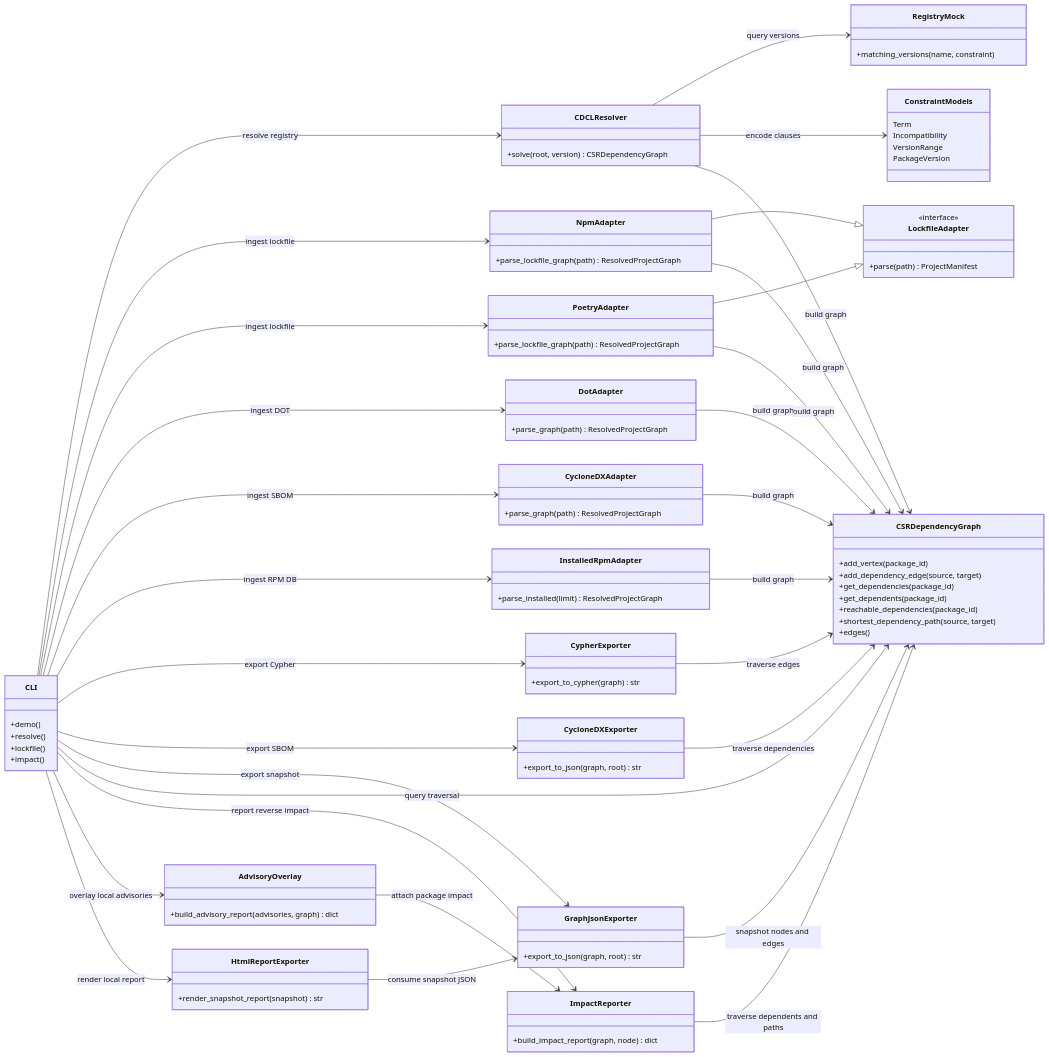
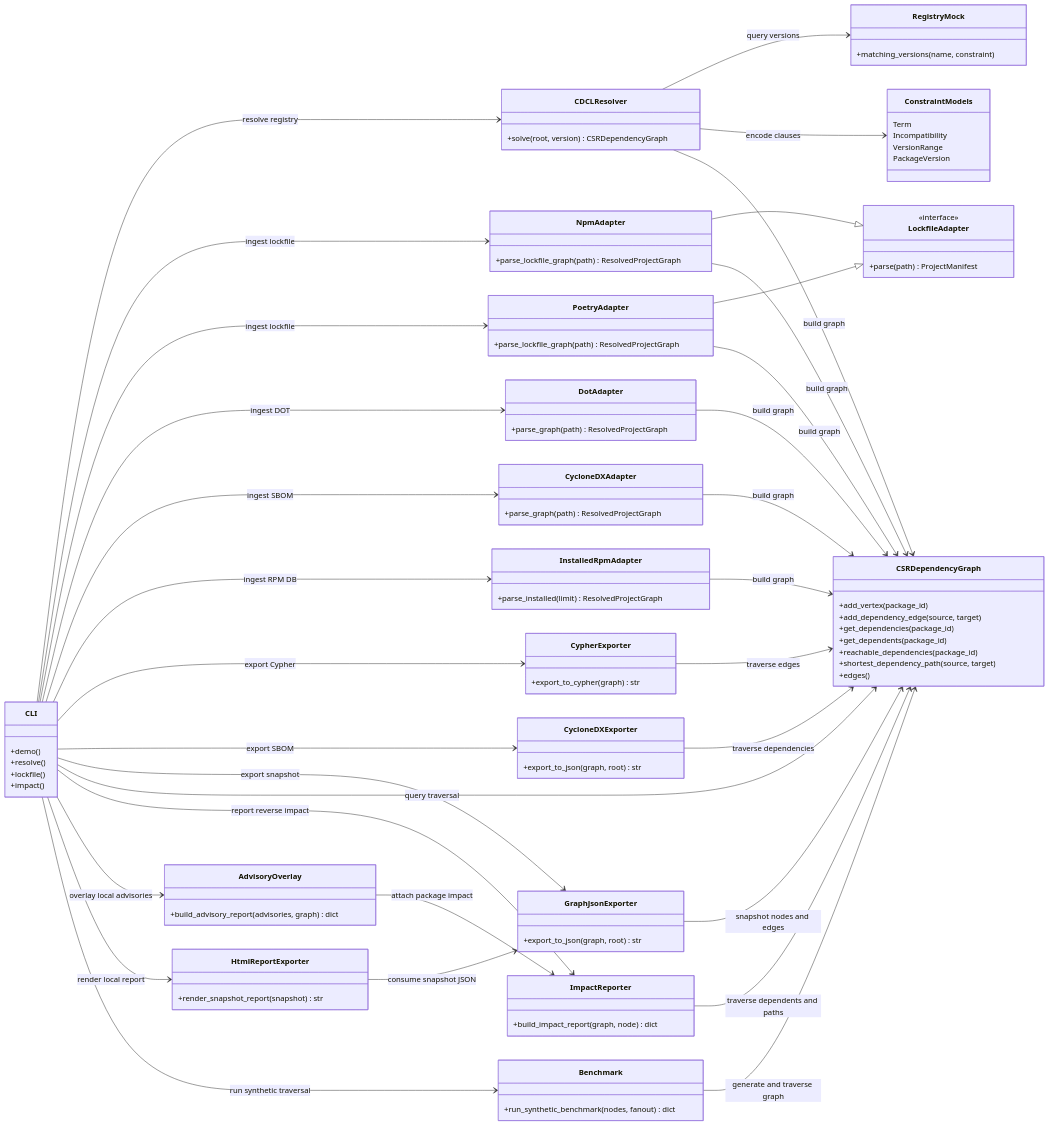
The first of 2 diagrams in README.md (xsub/EnterpriseLinux-SoftwareSupplyChain), drawn with Mermaid before and after one commit. The commit also changed other lines of this file and 6 other files, not shown here.

Commit message:
Add synthetic CSR benchmark command

````diff
--- a/README.md
+++ b/README.md
@@ -191,6 +197,9 @@
 class HtmlReportExporter {
   +render_snapshot_report(snapshot) str
 }
+class Benchmark {
+  +run_synthetic_benchmark(nodes, fanout) dict
+}
 class ConstraintModels {
   Term
   Incompatibility
@@ -220,10 +229,12 @@
 CLI --> ImpactReporter : report reverse impact
 CLI --> AdvisoryOverlay : overlay local advisories
 CLI --> HtmlReportExporter : render local report
+CLI --> Benchmark : run synthetic traversal
 CypherExporter --> CSRDependencyGraph : traverse edges
 CycloneDXExporter --> CSRDependencyGraph : traverse dependencies
 GraphJsonExporter --> CSRDependencyGraph : snapshot nodes and edges
 ImpactReporter --> CSRDependencyGraph : traverse dependents and paths
 AdvisoryOverlay --> ImpactReporter : attach package impact
 HtmlReportExporter --> GraphJsonExporter : consume snapshot JSON
+Benchmark --> CSRDependencyGraph : generate and traverse graph
 ```
````
